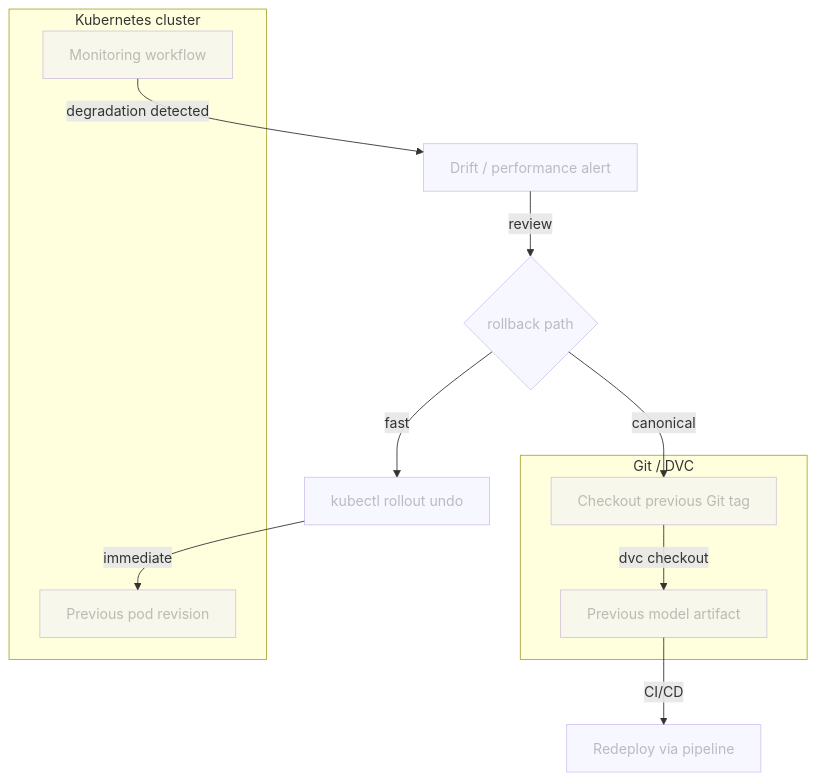
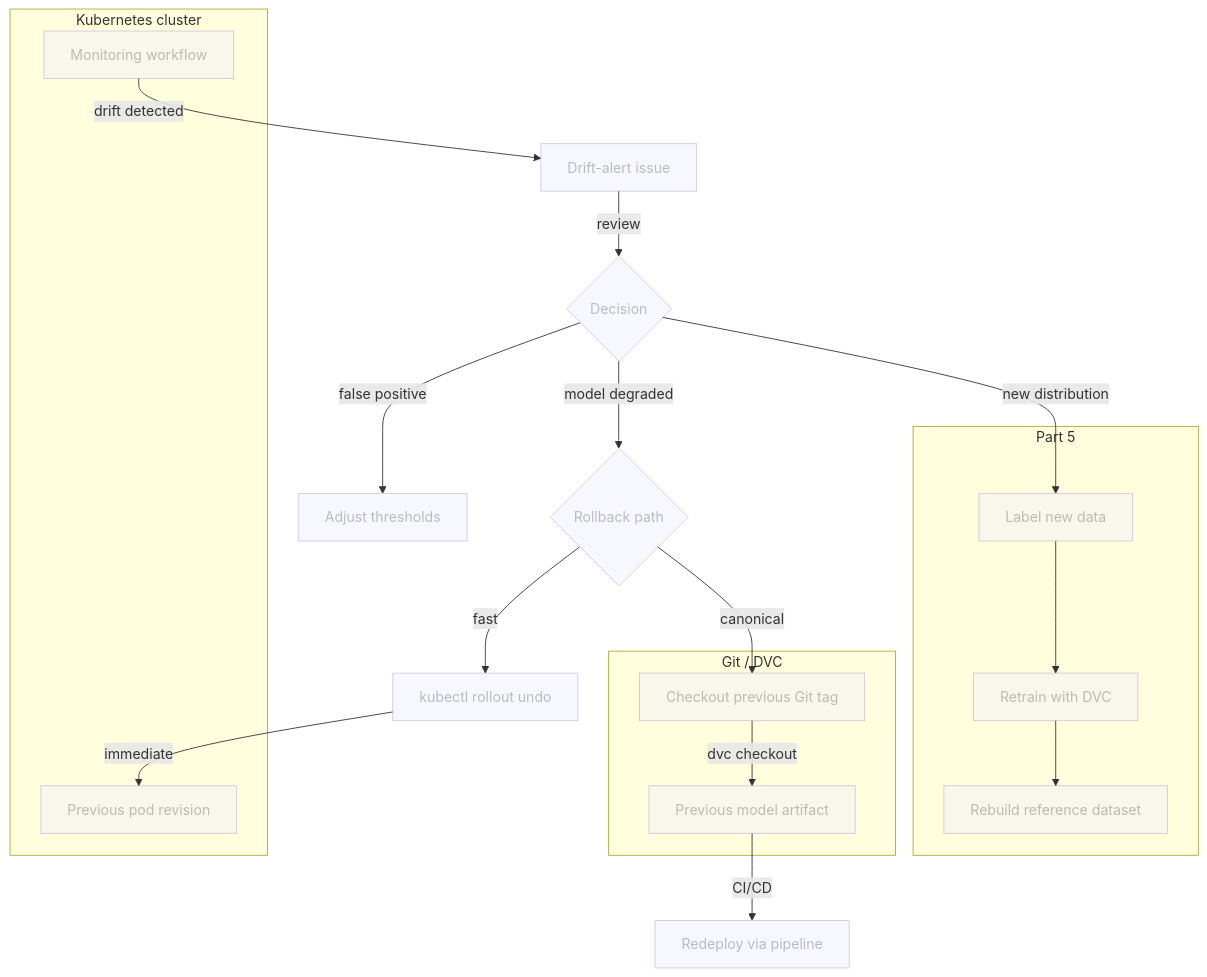
The diagram in docs/part-4-monitor-and-maintain/chapter-45-review-drift-alerts-and-decide-on-action.md (swiss-ai-center/a-guide-to-mlops), drawn with Mermaid before and after one commit. The commit also changed other lines of this file, not shown here.

Commit message:
Update Chapter 4.5: review drift-alert issues via GitHub UI and choose action

````diff
--- a/docs/part-4-monitor-and-maintain/chapter-45-review-drift-alerts-and-decide-on-action.md
+++ b/docs/part-4-monitor-and-maintain/chapter-45-review-drift-alerts-and-decide-on-action.md
@@ -26,29 +37,45 @@
 ```mermaid
 flowchart TB
-    monitor[Monitoring workflow] -->|degradation detected| alert[Drift / performance alert]
-    alert -->|review| rollback{rollback path}
+    monitor[Monitoring workflow] -->|drift detected| issue[Drift-alert issue]
+    issue -->|review| decision{Decision}
+    decision -->|false positive| tune[Adjust thresholds]
+    decision -->|model degraded| rollback{Rollback path}
     rollback -->|fast| k8s_rollback[kubectl rollout undo]
     k8s_rollback -->|immediate| previous_deployment[Previous pod revision]
     rollback -->|canonical| git_rollback[Checkout previous Git tag]
     git_rollback -->|dvc checkout| old_model[Previous model artifact]
     old_model -->|CI/CD| redeploy[Redeploy via pipeline]
+    decision -->|new distribution| label[Label new data]
+    label --> retrain[Retrain with DVC]
+    retrain --> new_reference[Rebuild reference dataset]
 
     subgraph clusterGraph[Kubernetes cluster]
         monitor
         previous_deployment
     end
 
     subgraph gitGraph[Git / DVC]
         git_rollback
         old_model
     end
 
+    subgraph labelGraph[Part 5]
+        label
+        retrain
+        new_reference
+    end
+
     style monitor opacity:0.4,color:#7f7f7f80
-    style alert opacity:0.4,color:#7f7f7f80
+    style issue opacity:0.4,color:#7f7f7f80
+    style decision opacity:0.4,color:#7f7f7f80
+    style tune opacity:0.4,color:#7f7f7f80
     style rollback opacity:0.4,color:#7f7f7f80
     style git_rollback opacity:0.4,color:#7f7f7f80
     style old_model opacity:0.4,color:#7f7f7f80
     style redeploy opacity:0.4,color:#7f7f7f80
     style k8s_rollback opacity:0.4,color:#7f7f7f80
     style previous_deployment opacity:0.4,color:#7f7f7f80
+    style label opacity:0.4,color:#7f7f7f80
+    style retrain opacity:0.4,color:#7f7f7f80
+    style new_reference opacity:0.4,color:#7f7f7f80
 ```
````
